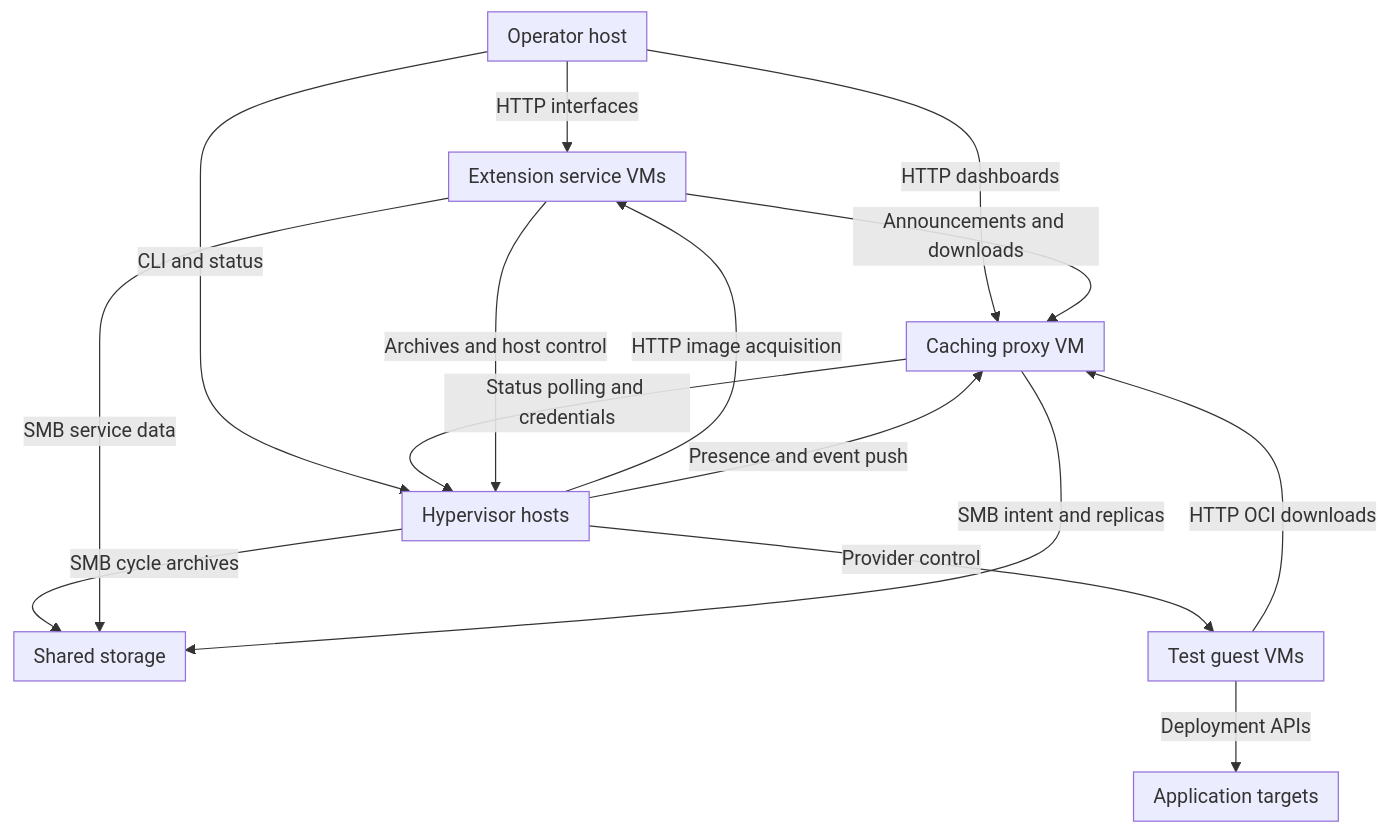
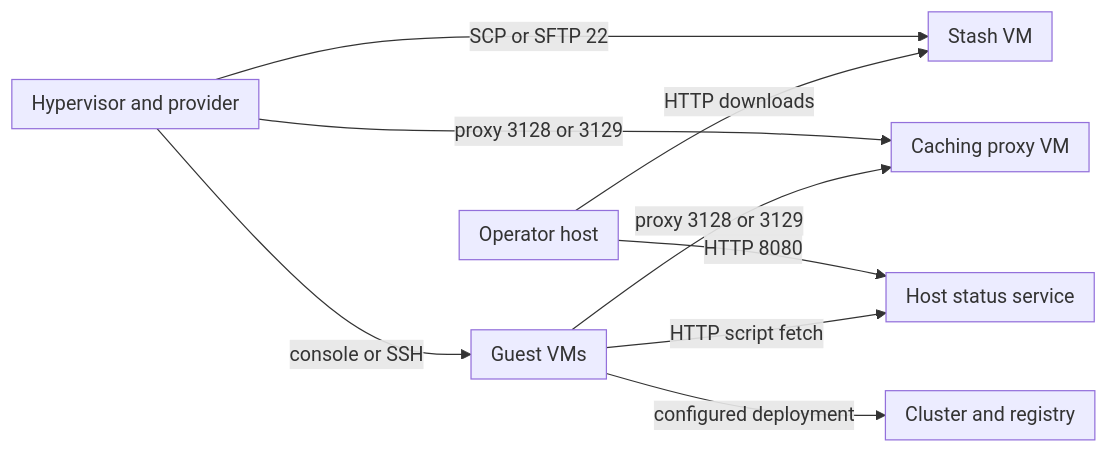
Before and after one commit to alissonsol/yuruna: the first of 5 diagrams in docs/design/06-deployment.md, drawn with Mermaid. The commit also changed other lines of this file and 1383 other files, not shown here.

````diff
--- a/docs/design/06-deployment.md
+++ b/docs/design/06-deployment.md
@@ -9,31 +13,25 @@
 ```mermaid
-flowchart TB
-    subgraph operator-host["Operator host"]
+flowchart LR
+    subgraph test-status["Operator host"]
     end
-    subgraph runner-host["Hypervisor hosts"]
+    subgraph host["Hypervisor and provider"]
     end
-    subgraph guest["Test guest VMs"]
+    subgraph guest["Guest VMs"]
     end
     subgraph caching-proxy-service["Caching proxy VM"]
     end
-    subgraph service-vms["Extension service VMs"]
+    subgraph stash-service["Stash VM"]
     end
-    subgraph yuruna-pool["Shared storage"]
+    subgraph start-statusservice-ps1["Host status service"]
     end
-    subgraph deployment-targets["Application targets"]
+    subgraph global-resources["Cluster and registry"]
     end
-    operator-host -->|CLI and status| runner-host
-    runner-host -->|Provider control| guest
-    operator-host -->|HTTP dashboards| caching-proxy-service
-    operator-host -->|HTTP interfaces| service-vms
-    runner-host -->|HTTP image acquisition| service-vms
-    caching-proxy-service -->|Status polling and credentials| runner-host
-    runner-host -->|Presence and event push| caching-proxy-service
-    guest -->|HTTP OCI downloads| caching-proxy-service
-    guest -->|Deployment APIs| deployment-targets
-    runner-host -->|SMB cycle archives| yuruna-pool
-    service-vms -->|SMB service data| yuruna-pool
-    caching-proxy-service -->|SMB intent and replicas| yuruna-pool
-    service-vms -->|Announcements and downloads| caching-proxy-service
-    service-vms -->|Archives and host control| runner-host
+    test-status -->|HTTP 8080| start-statusservice-ps1
+    host -->|console or SSH| guest
+    guest -->|HTTP script fetch| start-statusservice-ps1
+    host -->|proxy 3128 or 3129| caching-proxy-service
+    guest -->|proxy 3128 or 3129| caching-proxy-service
+    host -->|SCP or SFTP 22| stash-service
+    test-status -->|HTTP downloads| stash-service
+    guest -->|configured deployment| global-resources
 ```
````
